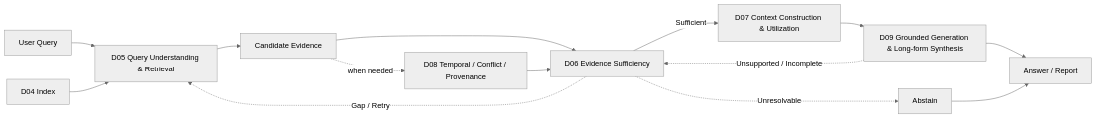
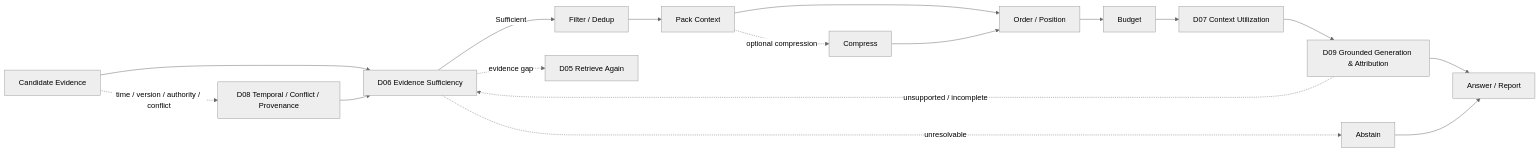
One commit to Cycl0n3-ga/RAG-survey changed the third of 6 diagrams in 00 - 導覽與心智圖 (Navigation & MOC)/RAG System Maps.md. Above: the diagram before and after it, drawn with Mermaid (neutral theme). The commit also changed other lines of this file, not shown here.

Commit message:
docs(maps): clarify optional RAG paths with compact system maps

````diff
--- a/00 - 導覽與心智圖 (Navigation & MOC)/RAG System Maps.md
+++ b/00 - 導覽與心智圖 (Navigation & MOC)/RAG System Maps.md
@@ -47,21 +86,24 @@
 ```mermaid
 flowchart LR
-    Q["User Query"] --> D05["D05 Query Understanding & Retrieval"]
-    D04["D04 Index"] --> D05
+    EV["Candidate Evidence"] --> D06["D06 Evidence Sufficiency"]
 
-    D05 --> EV["Candidate Evidence"]
-
-    EV -. "when needed" .-> D08["D08 Temporal / Conflict / Provenance"]
-    EV --> D06["D06 Evidence Sufficiency"]
+    EV -. "time / version / authority / conflict" .-> D08["D08 Temporal / Conflict / Provenance"]
     D08 --> D06
 
-    D06 -->|Sufficient| D07["D07 Context Construction & Utilization"]
-    D06 -. "Gap / Retry" .-> D05
+    D06 -->|Sufficient| FILTER["Filter / Dedup"]
+    FILTER --> PACK["Pack Context"]
+    PACK -. "optional compression" .-> COMP["Compress"]
+    PACK --> ORDER["Order / Position"]
+    COMP --> ORDER
+    ORDER --> BUDGET["Budget"]
+    BUDGET --> D07["D07 Context Utilization"]
 
-    D07 --> D09["D09 Grounded Generation & Long-form Synthesis"]
+    D07 --> D09["D09 Grounded Generation & Attribution"]
     D09 --> OUT["Answer / Report"]
 
-    D09 -. "Unsupported / Incomplete" .-> D06
-    D06 -. "Unresolvable" .-> ABS["Abstain"]
+    D06 -. "evidence gap" .-> D05["D05 Retrieve Again"]
+    D06 -. "unresolvable" .-> ABS["Abstain"]
     ABS --> OUT
+
+    D09 -. "unsupported / incomplete" .-> D06
 ```
````
